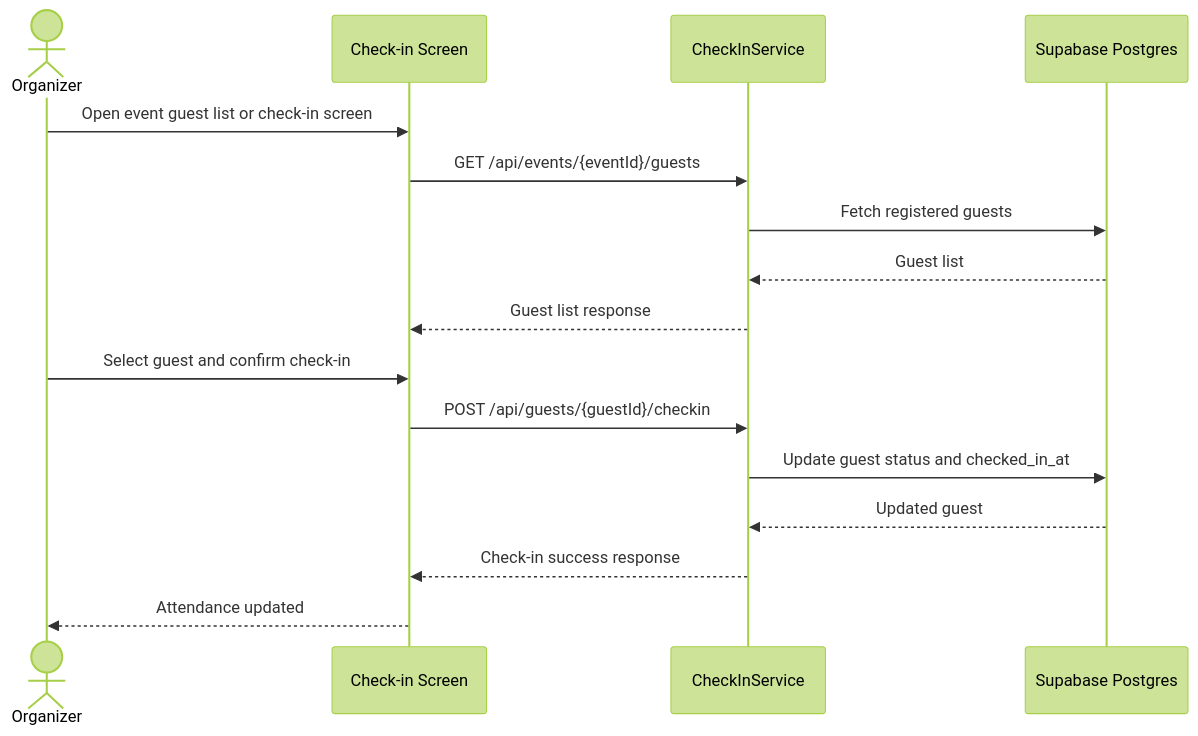
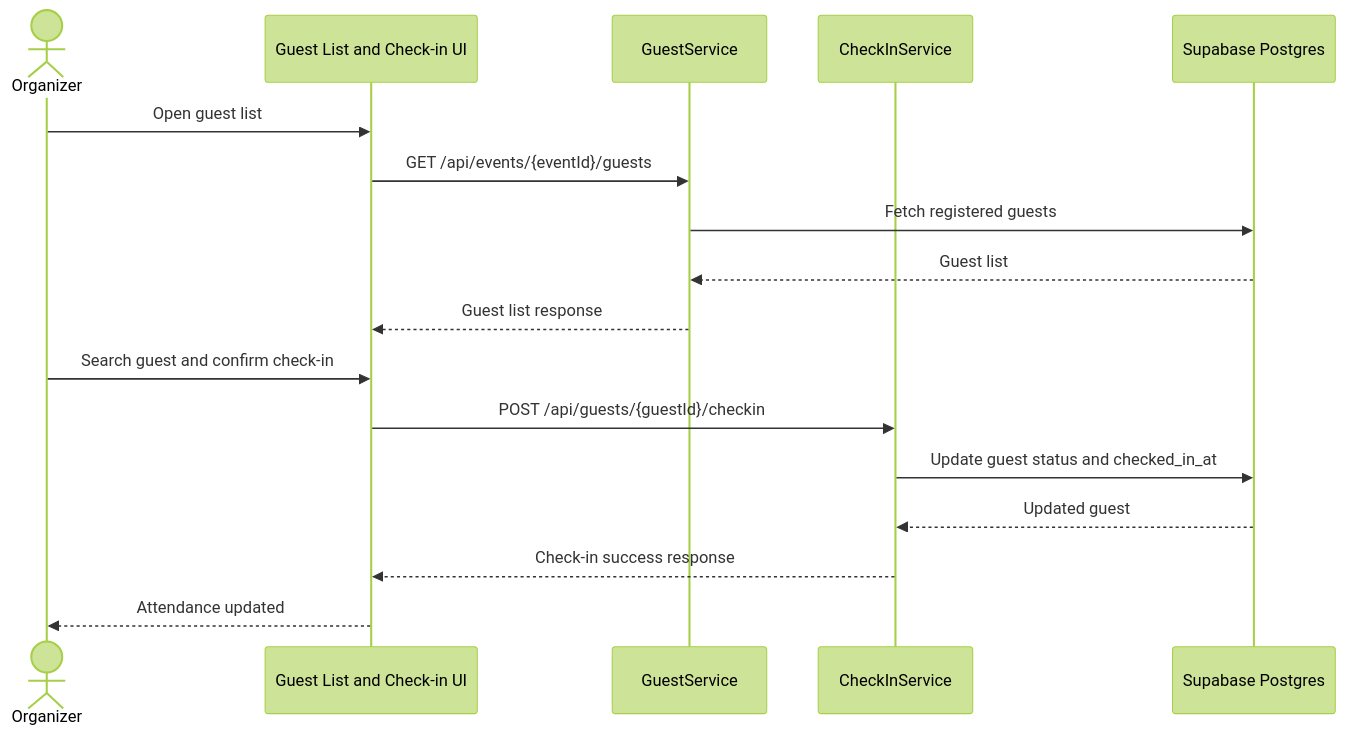
The seventh of 7 diagrams in docs/technical-documentation.md (TariqRash/RiziEvents), drawn with Mermaid (forest theme) before and after one commit. The commit also changed other lines of this file and 5 other files, not shown here.

Commit message:
Add combined diagrams page and complete sequence coverage

````diff
--- a/docs/technical-documentation.md
+++ b/docs/technical-documentation.md
@@ -451,19 +496,20 @@
 ```mermaid
 sequenceDiagram
     actor Organizer
-    participant UI as Check-in Screen
+    participant UI as Guest List and Check-in UI
+    participant GuestAPI as GuestService
     participant API as CheckInService
     participant DB as Supabase Postgres
 
-    Organizer->>UI: Open event guest list or check-in screen
-    UI->>API: GET /api/events/{eventId}/guests
-    API->>DB: Fetch registered guests
-    DB-->>API: Guest list
-    API-->>UI: Guest list response
-    Organizer->>UI: Select guest and confirm check-in
+    Organizer->>UI: Open guest list
+    UI->>GuestAPI: GET /api/events/{eventId}/guests
+    GuestAPI->>DB: Fetch registered guests
+    DB-->>GuestAPI: Guest list
+    GuestAPI-->>UI: Guest list response
+    Organizer->>UI: Search guest and confirm check-in
     UI->>API: POST /api/guests/{guestId}/checkin
     API->>DB: Update guest status and checked_in_at
     DB-->>API: Updated guest
     API-->>UI: Check-in success response
     UI-->>Organizer: Attendance updated
 ```
````
